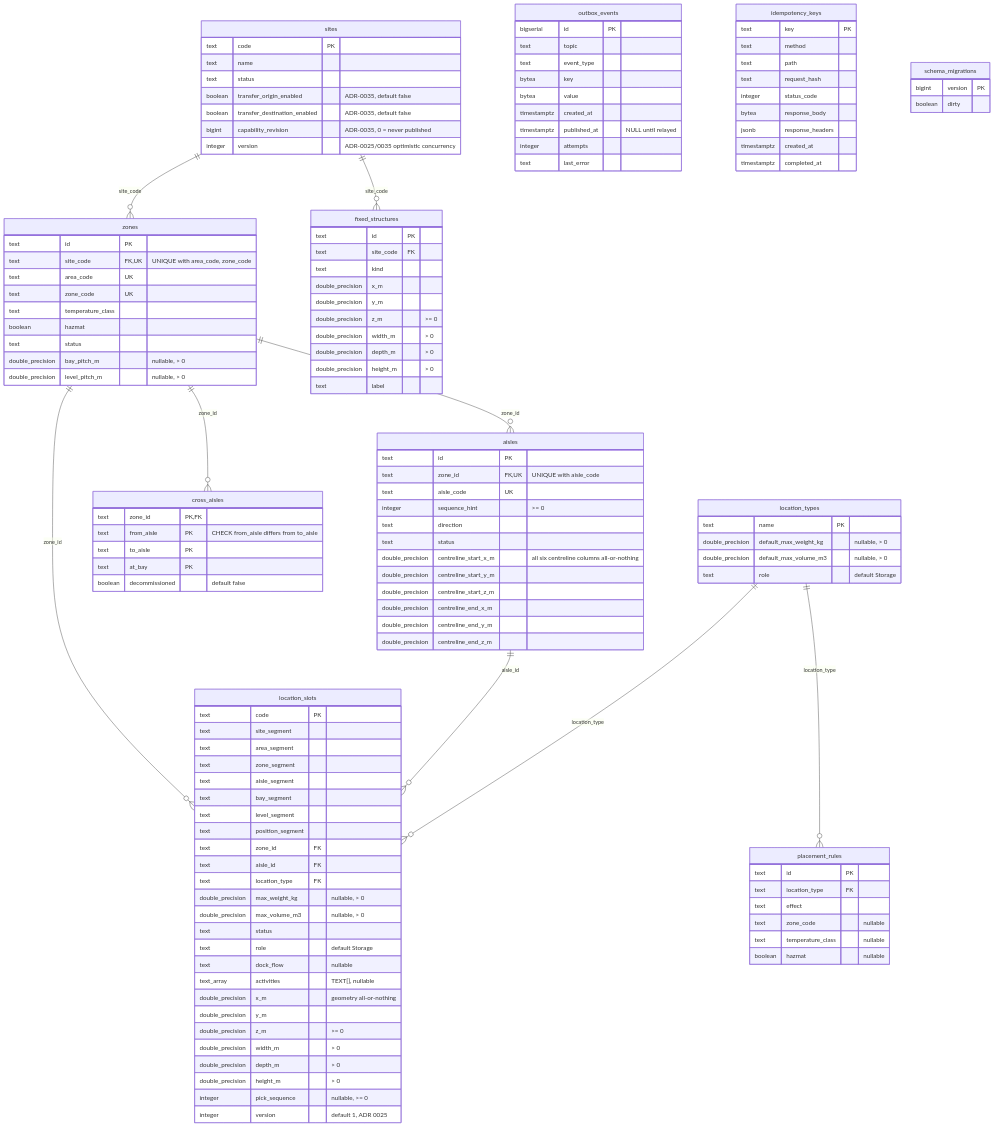
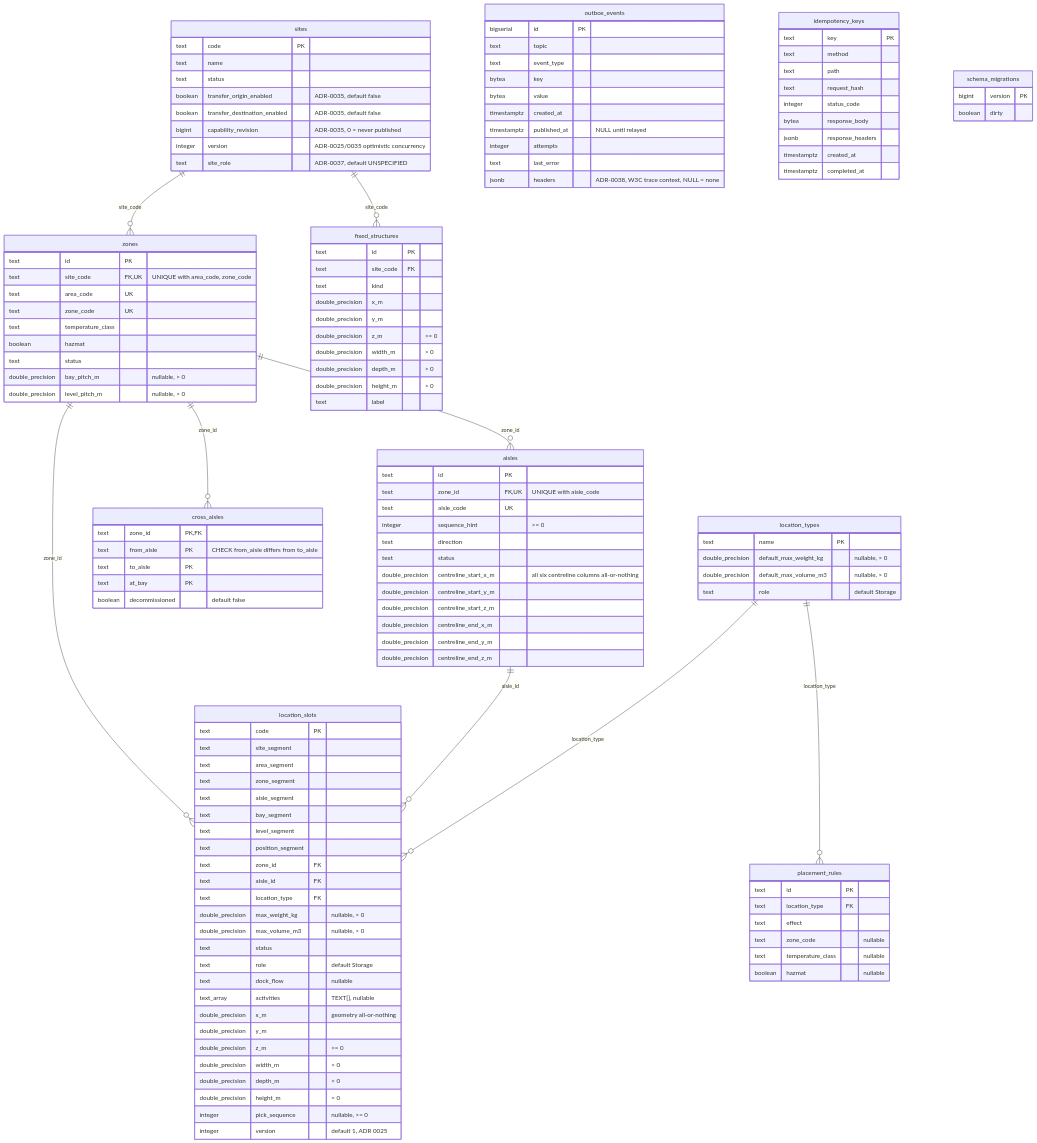
The first of 2 diagrams in docs/contexts/facility-layout/entity-relationship.md (IQVO/warehouse-docs), drawn with Mermaid before and after one commit. The commit also changed other lines of this file and 331 other files, not shown here.

```diff
--- a/docs/contexts/facility-layout/entity-relationship.md
+++ b/docs/contexts/facility-layout/entity-relationship.md
@@ -34,6 +34,7 @@
         boolean transfer_destination_enabled "ADR-0035, default false"
         bigint capability_revision "ADR-0035, 0 = never published"
         integer version "ADR-0025/0035 optimistic concurrency"
+        text site_role "ADR-0037, default UNSPECIFIED"
     }
     zones {
         text id PK
@@ -130,6 +131,7 @@
         timestamptz published_at "NULL until relayed"
         integer attempts
         text last_error
+        jsonb headers "ADR-0038, W3C trace context, NULL = none"
     }
     idempotency_keys {
         text key PK
```
